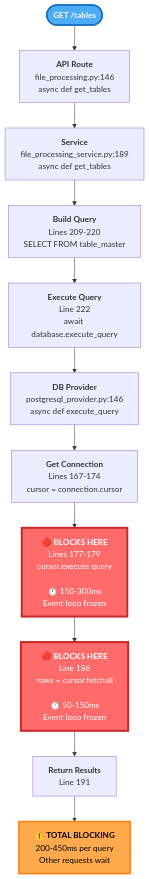
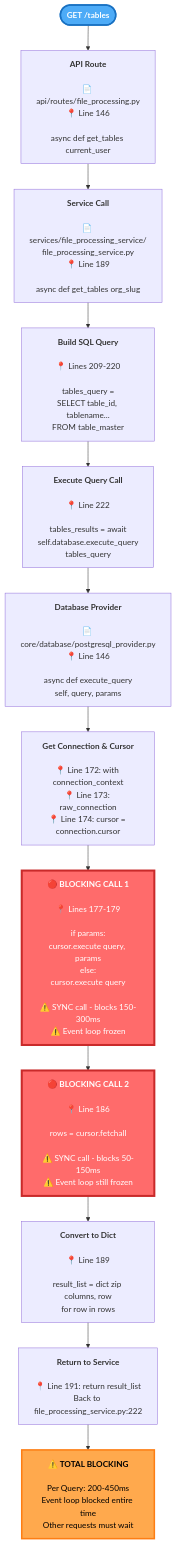
Before and after one commit to Amnraj12/try: the second of 2 diagrams in README.md, drawn with Mermaid.

Commit message:
Enhance flowchart details in README

````diff
--- a/README.md
+++ b/README.md
@@ -37,29 +37,31 @@
 ```mermaid
 flowchart TD
     Start([<b>GET /tables</b>])
     
-    Start --> API[<b>API Route</b><br/>file_processing.py:146<br/>async def get_tables]
+    Start --> API[<b>API Route</b><br/><br/>📄 api/routes/file_processing.py<br/>📍 Line 146<br/><br/>async def get_tables current_user]
     
-    API --> Service[<b>Service</b><br/>file_processing_service.py:189<br/>async def get_tables]
+    API --> Service[<b>Service Call</b><br/><br/>📄 services/file_processing_service/<br/>file_processing_service.py<br/>📍 Line 189<br/><br/>async def get_tables org_slug]
     
-    Service --> BuildQuery[<b>Build Query</b><br/>Lines 209-220<br/>SELECT FROM table_master]
+    Service --> BuildQuery[<b>Build SQL Query</b><br/><br/>📍 Lines 209-220<br/><br/>tables_query =<br/>SELECT table_id, tablename...<br/>FROM table_master]
     
-    BuildQuery --> Execute[<b>Execute Query</b><br/>Line 222<br/>await database.execute_query]
+    BuildQuery --> Execute[<b>Execute Query Call</b><br/><br/>📍 Line 222<br/><br/>tables_results = await<br/>self.database.execute_query<br/>tables_query]
     
-    Execute --> Provider[<b>DB Provider</b><br/>postgresql_provider.py:146<br/>async def execute_query]
+    Execute --> Provider[<b>Database Provider</b><br/><br/>📄 core/database/postgresql_provider.py<br/>📍 Line 146<br/><br/>async def execute_query<br/>self, query, params]
     
-    Provider --> GetConn[<b>Get Connection</b><br/>Lines 167-174<br/>cursor = connection.cursor]
+    Provider --> GetConn[<b>Get Connection & Cursor</b><br/><br/>📍 Line 172: with connection_context<br/>📍 Line 173: raw_connection<br/>📍 Line 174: cursor = connection.cursor]
     
-    GetConn --> Block1[<b>🔴 BLOCKS HERE</b><br/>Lines 177-179<br/>cursor.execute query<br/><br/>⏱️ 150-300ms<br/>Event loop frozen]
+    GetConn --> Block1[<b>🔴 BLOCKING CALL 1</b><br/><br/>📍 Lines 177-179<br/><br/>if params:<br/>cursor.execute query, params<br/>else:<br/>cursor.execute query<br/><br/>⚠️ SYNC call - blocks 150-300ms<br/>⚠️ Event loop frozen]
     
-    Block1 --> Block2[<b>🔴 BLOCKS HERE</b><br/>Line 186<br/>rows = cursor.fetchall<br/><br/>⏱️ 50-150ms<br/>Event loop frozen]
+    Block1 --> Block2[<b>🔴 BLOCKING CALL 2</b><br/><br/>📍 Line 186<br/><br/>rows = cursor.fetchall<br/><br/>⚠️ SYNC call - blocks 50-150ms<br/>⚠️ Event loop still frozen]
     
-    Block2 --> Return[<b>Return Results</b><br/>Line 191]
+    Block2 --> Convert[<b>Convert to Dict</b><br/><br/>📍 Line 189<br/><br/>result_list = dict zip columns, row<br/>for row in rows]
     
-    Return --> Impact[<b>⚠️ TOTAL BLOCKING</b><br/>200-450ms per query<br/>Other requests wait]
+    Convert --> Return[<b>Return to Service</b><br/><br/>📍 Line 191: return result_list<br/>Back to file_processing_service.py:222]
+    
+    Return --> Impact[<b>⚠️ TOTAL BLOCKING</b><br/><br/>Per Query: 200-450ms<br/>Event loop blocked entire time<br/>Other requests must wait]
     
     style Block1 fill:#ff6b6b,stroke:#c92a2a,stroke-width:4px,color:#fff,font-size:16px
     style Block2 fill:#ff6b6b,stroke:#c92a2a,stroke-width:4px,color:#fff,font-size:16px
     style Impact fill:#ffa94d,stroke:#fd7e14,stroke-width:3px,color:#000,font-size:16px
     style Start fill:#4dabf7,stroke:#1971c2,stroke-width:3px,color:#fff,font-size:16px
 ```
````
